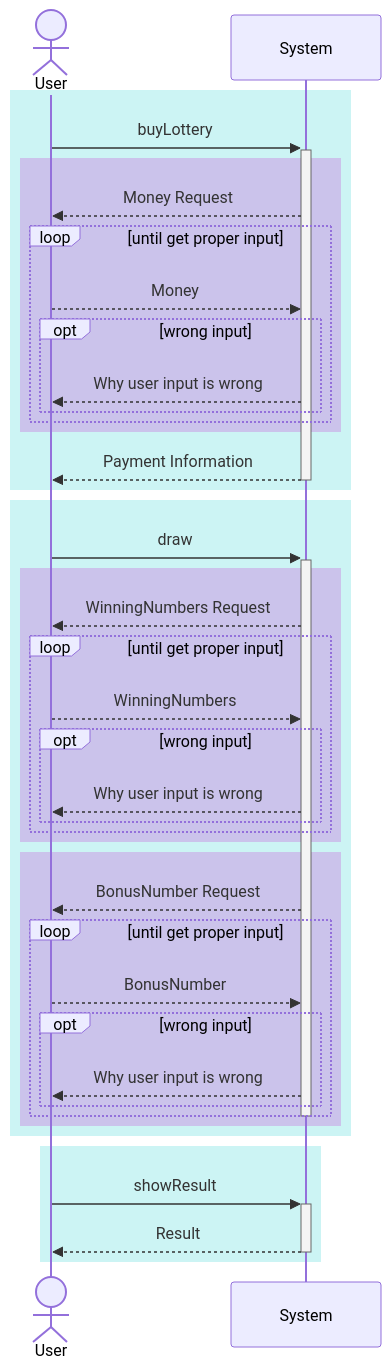
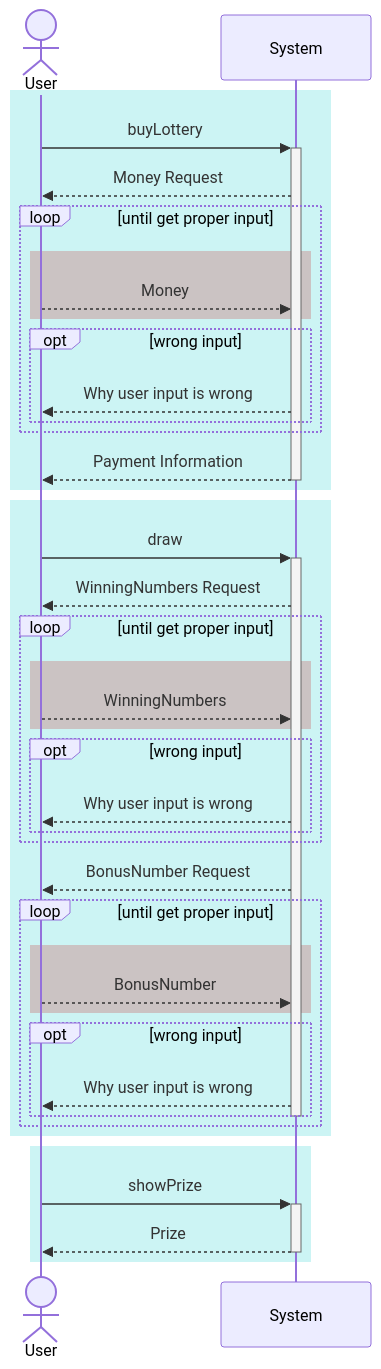
The first of 6 diagrams in docs/README.md (gdsc-konkuk/23-24_study_2nd_java-lotto-6), drawn with Mermaid before and after one commit. The commit also changed other lines of this file, not shown here.

````diff
--- a/docs/README.md
+++ b/docs/README.md
@@ -5,51 +5,49 @@
 ```mermaid
 sequenceDiagram
     actor User
     participant System
 
     rect rgb(0, 200, 200, 0.2)
         User ->>+ System: buyLottery
-
-        rect rgb(200, 0, 200, 0.2)
-            System -->> User: Money Request
-            loop until get proper input
+        System -->> User: Money Request
+        loop until get proper input
+            rect rgb(200, 0, 000, 0.2)
                 User -->> System: Money
-                opt wrong input
-                    System -->> User: Why user input is wrong
-                end
+            end
+            opt wrong input
+                System -->> User: Why user input is wrong
             end
         end
 
         System -->>- User: Payment Information
     end
 
     rect rgb(0, 200, 200, 0.2)
         User ->>+ System: draw
-
-        rect rgb(200, 0, 200, 0.2)
-            System -->> User: WinningNumbers Request
-            loop until get proper input
+        System -->> User: WinningNumbers Request
+        loop until get proper input
+            rect rgb(200, 0, 000, 0.2)
                 User -->> System: WinningNumbers
-                opt wrong input
-                    System -->> User: Why user input is wrong
-                end
+            end
+            opt wrong input
+                System -->> User: Why user input is wrong
             end
         end
 
-        rect rgb(200, 0, 200, 0.2)
-            System -->> User: BonusNumber Request
-            loop until get proper input
+        System -->> User: BonusNumber Request
+        loop until get proper input
+            rect rgb(200, 0, 000, 0.2)
                 User -->> System: BonusNumber
-                opt wrong input
-                    System -->> User: Why user input is wrong
-                end
+            end
+            opt wrong input
+                System -->> User: Why user input is wrong
             end
             deactivate System
         end
     end
 
     rect rgb(0, 200, 200, 0.2)
-        User ->>+ System: showResult
-        System -->>- User: Result
+        User ->>+ System: showPrize
+        System -->>- User: Prize
     end
 ```
````
